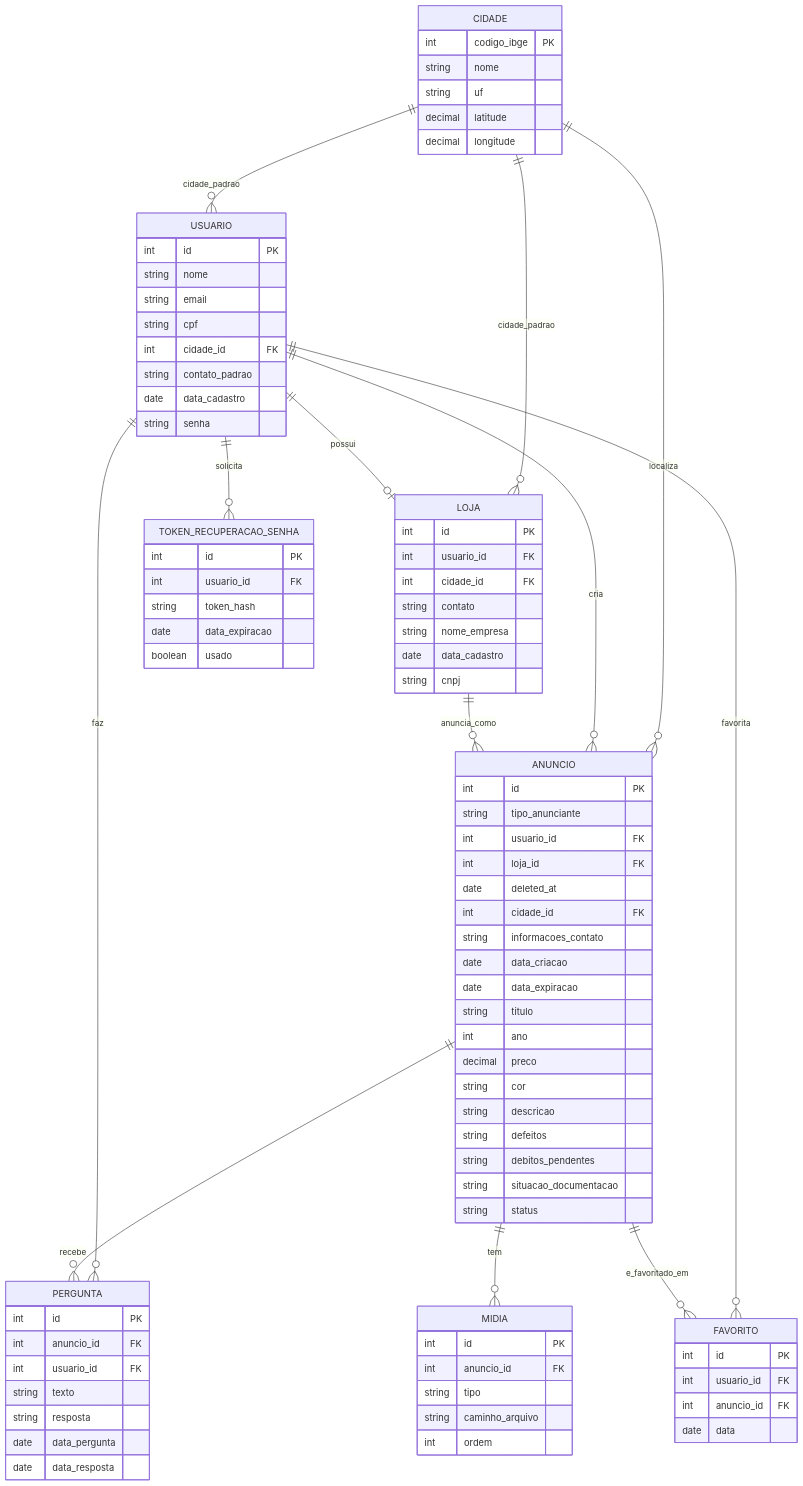
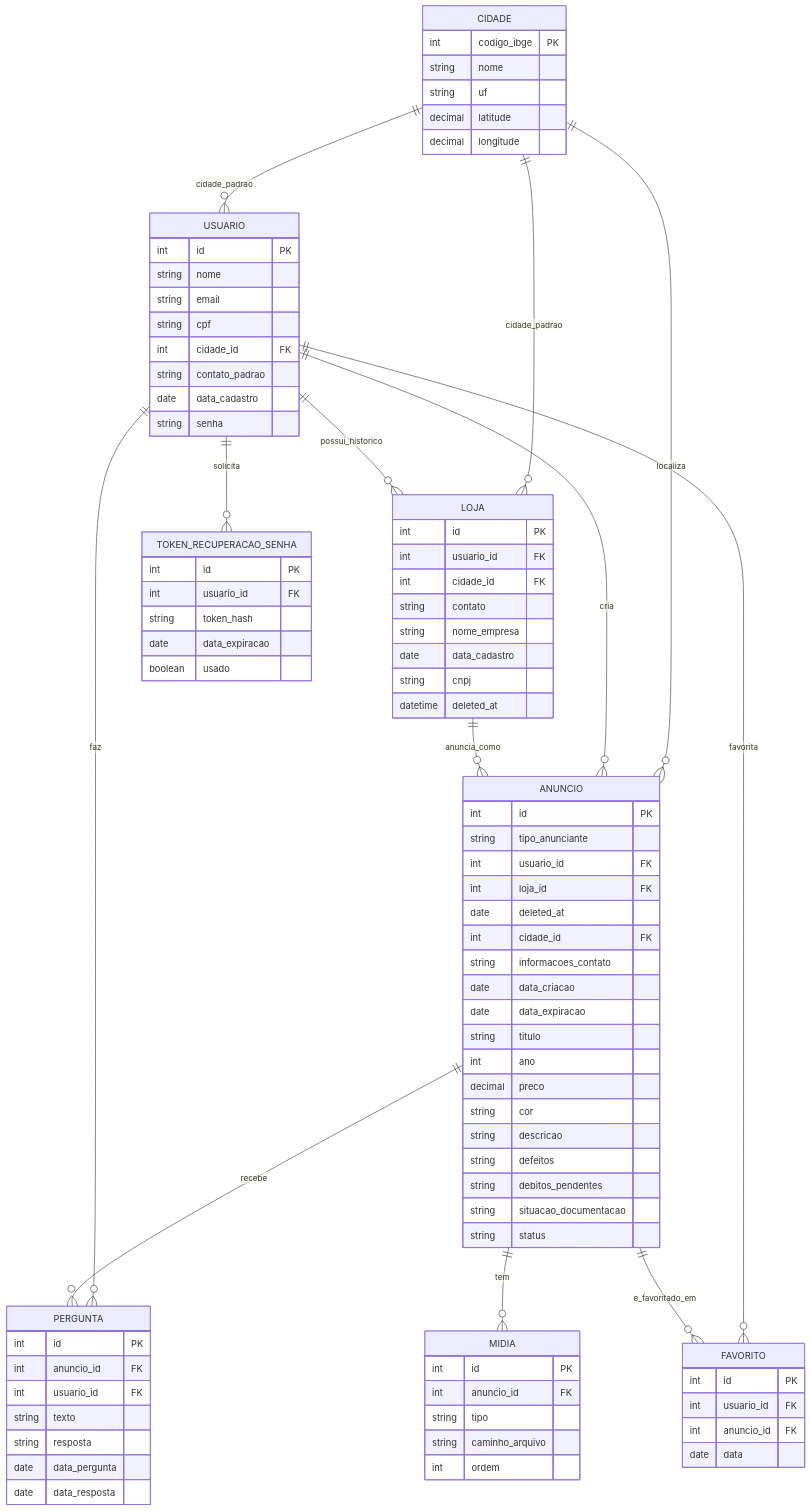
Before and after one commit to YanKayo23/BargainCar: the first of 2 diagrams in README.md, drawn with Mermaid. The commit also changed other lines of this file, not shown here.

```diff
--- a/README.md
+++ b/README.md
@@ -277,7 +277,7 @@
     CIDADE ||--o{ USUARIO : "cidade_padrao"
     CIDADE ||--o{ LOJA : "cidade_padrao"
     CIDADE ||--o{ ANUNCIO : "localiza"
-    USUARIO ||--o| LOJA : "possui"
+    USUARIO ||--o{ LOJA : "possui_historico"
     USUARIO ||--o{ ANUNCIO : "cria"
     USUARIO ||--o{ PERGUNTA : "faz"
     USUARIO ||--o{ FAVORITO : "favorita"
@@ -314,6 +314,7 @@
         string nome_empresa
         date data_cadastro
         string cnpj
+        datetime deleted_at
     }
 
     ANUNCIO {
```
